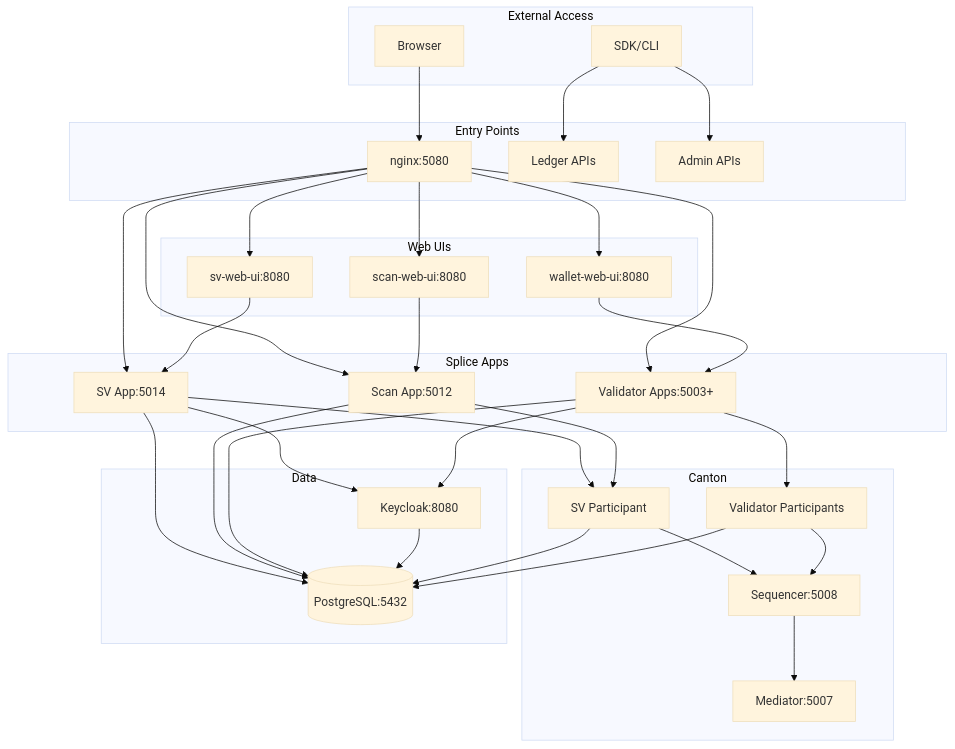
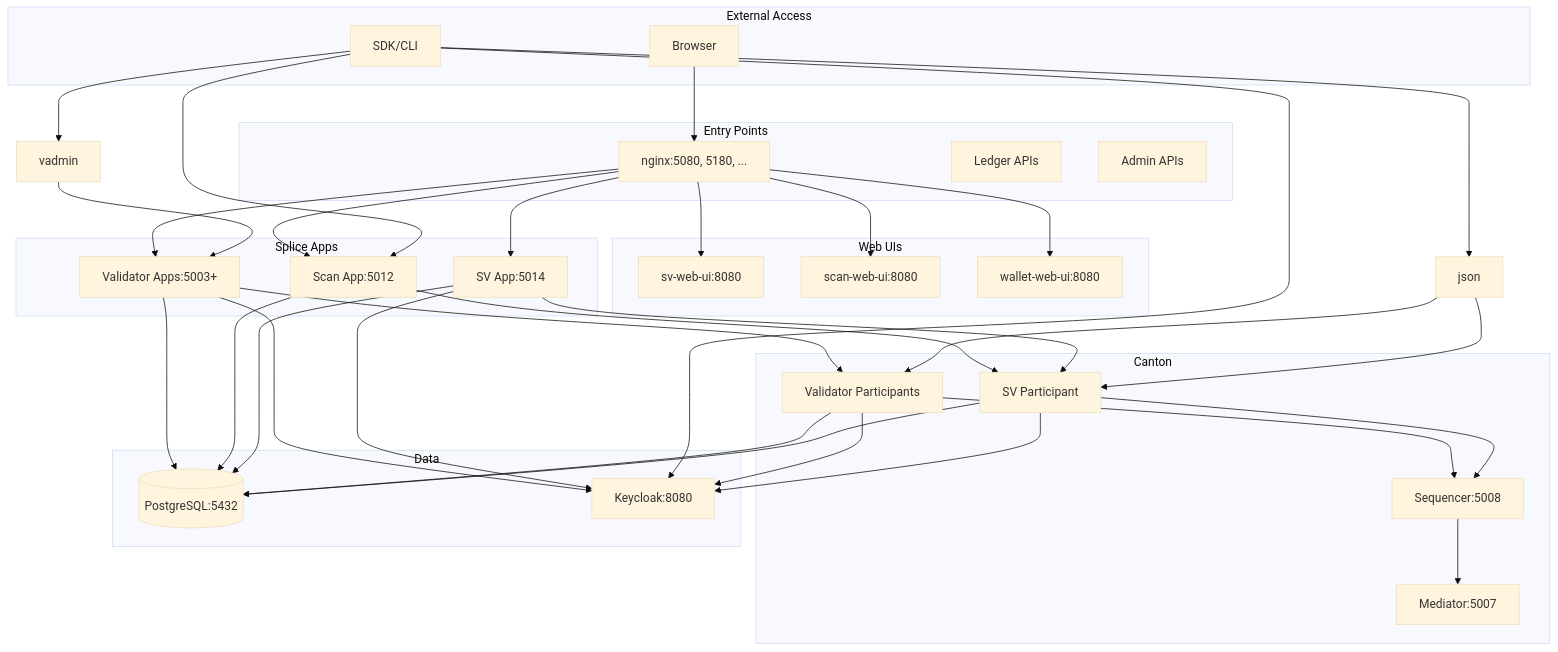
The seventh of 7 diagrams in site/src/content/docs/how-it-works/architecture.md (denex-io/denex-network-manager), drawn with Mermaid (base theme) before and after one commit. The commit also changed other lines of this file and 34 other files, not shown here.

````diff
--- a/site/src/content/docs/how-it-works/architecture.md
+++ b/site/src/content/docs/how-it-works/architecture.md
@@ -575,70 +635,72 @@
 ```mermaid
 graph TB
     subgraph "External Access"
         Browser[Browser]
         SDK[SDK/CLI]
     end
     
     subgraph "Entry Points"
-        nginx[nginx:5080]
+        nginx[nginx:5080, 5180, ...]
         ledger[Ledger APIs]
         admin[Admin APIs]
     end
     
     subgraph "Web UIs"
         sv-ui[sv-web-ui:8080]
         scan-ui[scan-web-ui:8080]
         wallet-ui[wallet-web-ui:8080]
     end
     
     subgraph "Splice Apps"
         sv-app[SV App:5014]
         scan-app[Scan App:5012]
         validator-app[Validator Apps:5003+]
     end
     
     subgraph "Canton"
         sv-part[SV Participant]
         v-parts[Validator Participants]
         seq[Sequencer:5008]
         med[Mediator:5007]
     end
     
     subgraph "Data"
         pg[(PostgreSQL:5432)]
         kc[Keycloak:8080]
     end
     
     Browser --> nginx
-    SDK --> ledger
-    SDK --> admin
+    SDK --> json
+    SDK --> vadmin
+    SDK --> kc
+    SDK --> scan-app
+    json --> sv-part
+    json --> v-parts
+    vadmin --> validator-app
     
     nginx --> sv-ui
     nginx --> scan-ui
     nginx --> wallet-ui
     nginx --> sv-app
     nginx --> scan-app
     nginx --> validator-app
-    
-    sv-ui --> sv-app
-    scan-ui --> scan-app
-    wallet-ui --> validator-app
     
     sv-app --> sv-part
     scan-app --> sv-part
     validator-app --> v-parts
     
     sv-part --> seq
     v-parts --> seq
     seq --> med
     
     sv-part --> pg
     v-parts --> pg
     sv-app --> pg
     scan-app --> pg
     validator-app --> pg
-    kc --> pg
     
     sv-app --> kc
     validator-app --> kc
+    sv-part --> kc
+    v-parts --> kc
 ```
````
